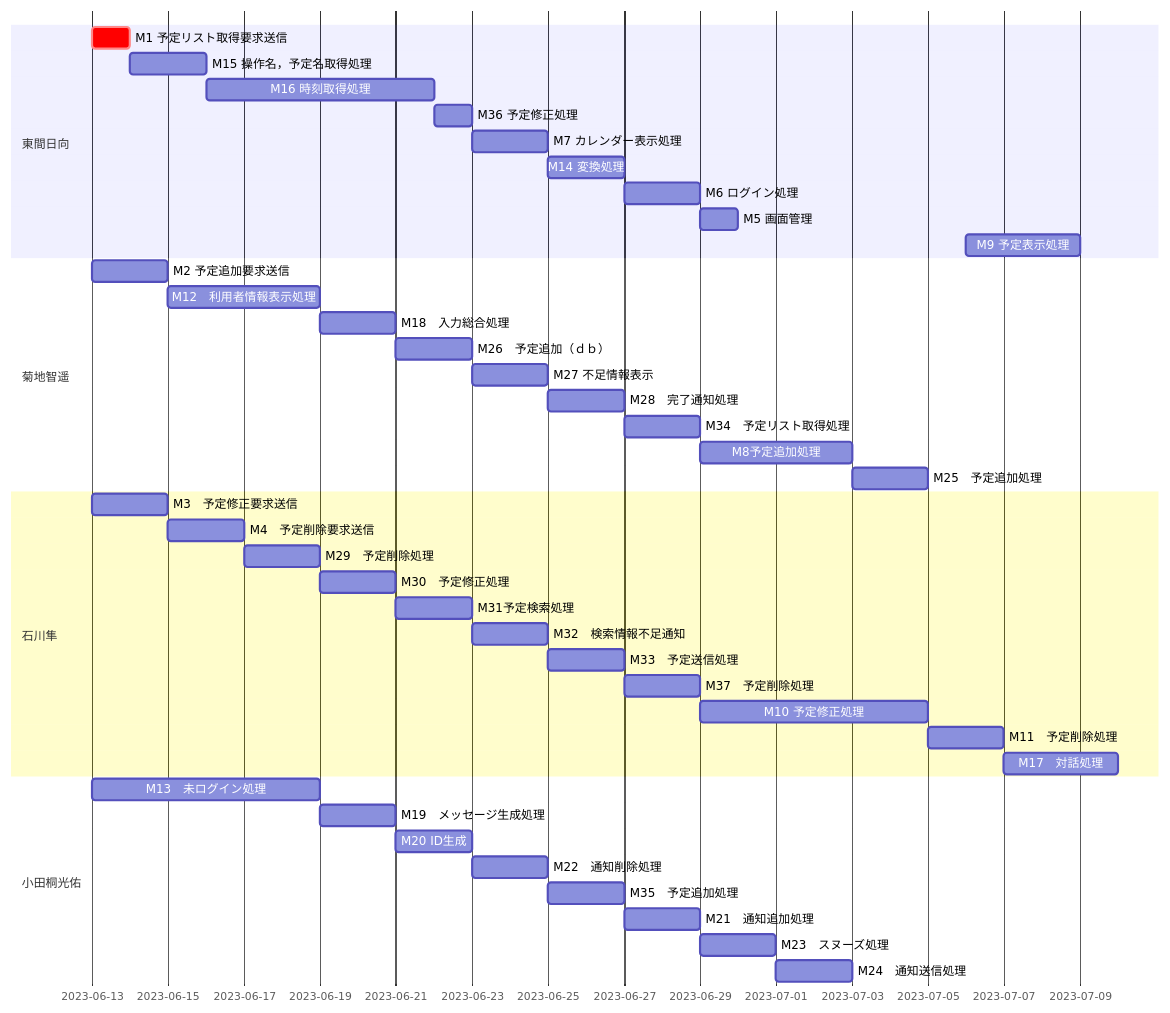
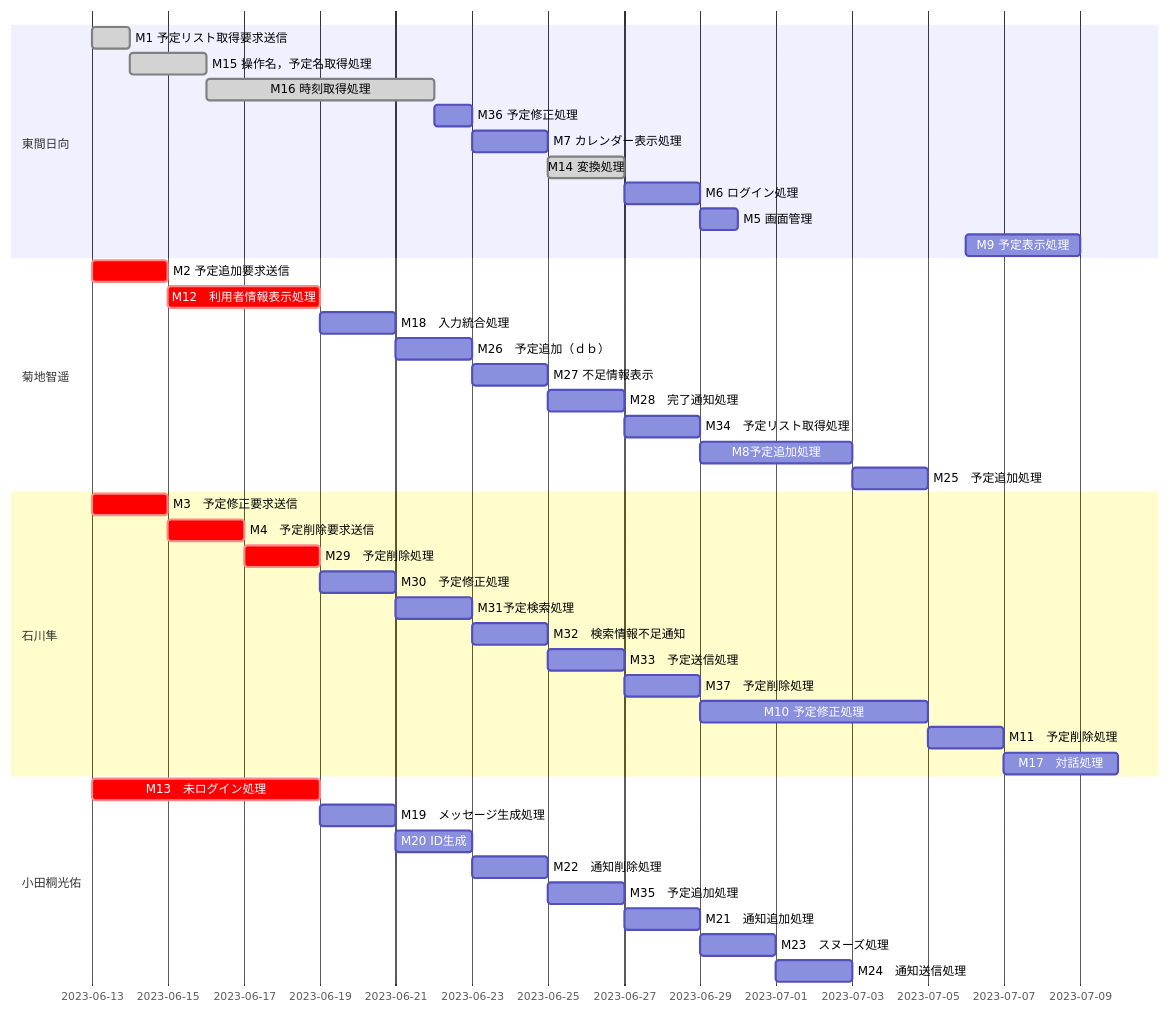
Before and after one commit to whtsht/manager: the diagram in team/gantt.md, drawn with Mermaid. The commit also changed 1 other file, not shown here.

Commit message:
team: Generated

````diff
--- a/team/gantt.md
+++ b/team/gantt.md
@@ -1,46 +1,46 @@
 ```mermaid
 gantt
 dateFormat YYYY-MM-DD
 section 東間日向
-M1 予定リスト取得要求送信 :crit, 2023-6-13, 1d
-M15 操作名，予定名取得処理 :a1, 2023-6-14, 2d
-M16 時刻取得処理 :a1, 2023-6-16, 6d
+M1 予定リスト取得要求送信 :done, 2023-6-13, 1d
+M15 操作名，予定名取得処理 :done, 2023-6-14, 2d
+M16 時刻取得処理 :done, 2023-6-16, 6d
 M36 予定修正処理 :a1, 2023-6-22, 1d
 M7 カレンダー表示処理 :a1, 2023-6-23, 2d
-M14 変換処理 :a1, 2023-6-25, 2d
+M14 変換処理 :done, 2023-6-25, 2d
 M6 ログイン処理 :a1, 2023-6-27, 2d
 M5 画面管理 :a1, 2023-6-29, 1d
 M9 予定表示処理 :a1, 2023-7-6, 3d
 section 菊地智遥
-M2 予定追加要求送信 :a1, 2023-6-13, 2d
-M12　利用者情報表示処理 :a1, 2023-6-15, 4d
-M18　入力総合処理 :a1, 2023-6-19, 2d
+M2 予定追加要求送信 :crit, 2023-6-13, 2d
+M12　利用者情報表示処理 :crit, 2023-6-15, 4d
+M18　入力統合処理 :a1, 2023-6-19, 2d
 M26　予定追加（ｄｂ） :a1, 2023-6-21, 2d
 M27 不足情報表示 :a1, 2023-6-23, 2d
 M28　完了通知処理 :a1, 2023-6-25, 2d
 M34　予定リスト取得処理 :a1, 2023-6-27, 2d
 M8予定追加処理 :a1, 2023-6-29, 4d
 M25　予定追加処理 :a1, 2023-7-3, 2d
 section 石川隼
-M3　予定修正要求送信 :a1, 2023-6-13, 2d
-M4　予定削除要求送信 :a1, 2023-6-15, 2d
-M29　予定削除処理 :a1, 2023-6-17, 2d
+M3　予定修正要求送信 :crit, 2023-6-13, 2d
+M4　予定削除要求送信 :crit, 2023-6-15, 2d
+M29　予定削除処理 :crit, 2023-6-17, 2d
 M30　予定修正処理 :a1, 2023-6-19, 2d
 M31予定検索処理 :a1, 2023-6-21, 2d
 M32　検索情報不足通知 :a1, 2023-6-23, 2d
 M33　予定送信処理 :a1, 2023-6-25, 2d
 M37　予定削除処理 :a1, 2023-6-27, 2d
 M10 予定修正処理 :a1, 2023-6-29, 6d
 M11　予定削除処理 :a1, 2023-7-5, 2d
 M17　対話処理 :a1, 2023-7-7, 3d
 section 小田桐光佑
-M13　未ログイン処理 :a1, 2023-6-13, 6d
+M13　未ログイン処理 :crit, 2023-6-13, 6d
 M19　メッセージ生成処理 :a1, 2023-6-19, 2d
 M20 ID生成 :a1, 2023-6-21, 2d
 M22　通知削除処理 :a1, 2023-6-23, 2d
 M35　予定追加処理 :a1, 2023-6-25, 2d
 M21　通知追加処理 :a1, 2023-6-27, 2d
 M23　スヌーズ処理 :a1, 2023-6-29, 2d
 M24　通知送信処理 :a1, 2023-7-1, 2d
 
 ```
````
